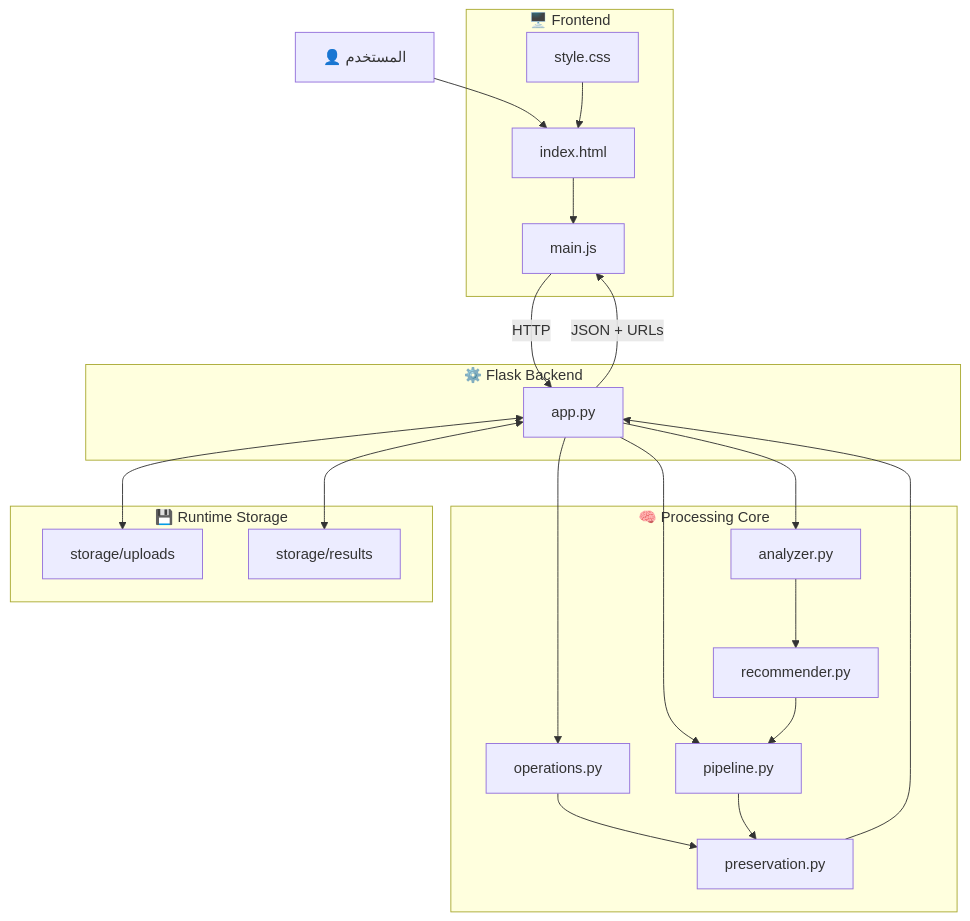
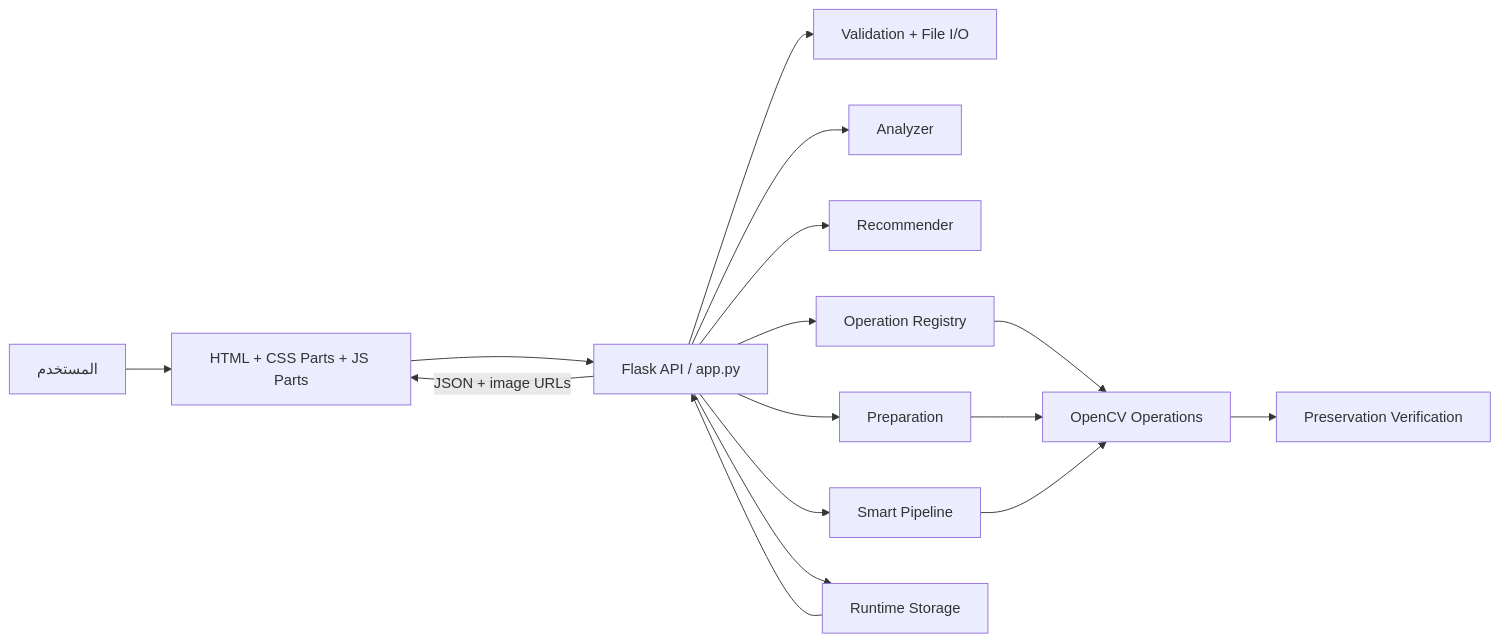
One commit to Alhareith/manuscript-doctor changed the first of 9 diagrams in docs/architecture.md. Above: the diagram before and after it, drawn with Mermaid. The commit also changed other lines of this file and 168 other files, not shown here.

````diff
--- a/docs/architecture.md
+++ b/docs/architecture.md
@@ -39,51 +39,20 @@
 ```mermaid
-flowchart TD
+flowchart LR
+    U["المستخدم"] --> UI["HTML + CSS Parts + JS Parts"]
+    UI --> API["Flask API / app.py"]
 
-    U["👤 المستخدم"]
+    API --> VAL["Validation + File I/O"]
+    API --> AN["Analyzer"]
+    API --> REC["Recommender"]
+    API --> PREP["Preparation"]
+    API --> REG["Operation Registry"]
+    API --> PIPE["Smart Pipeline"]
 
-    subgraph FE["🖥️ Frontend"]
-        HTML["index.html"]
-        JS["main.js"]
-        CSS["style.css"]
-    end
-
-    subgraph BE["⚙️ Flask Backend"]
-        APP["app.py"]
-    end
-
-    subgraph CORE["🧠 Processing Core"]
-        ANA["analyzer.py"]
-        REC["recommender.py"]
-        OPS["operations.py"]
-        PIPE["pipeline.py"]
-        PRES["preservation.py"]
-    end
-
-    subgraph ST["💾 Runtime Storage"]
-        UP["storage/uploads"]
-        RES["storage/results"]
-    end
-
-    U --> HTML
-    HTML --> JS
-    CSS --> HTML
-
-    JS -->|HTTP| APP
-
-    APP --> ANA
-    ANA --> REC
-
-    APP --> OPS
-    APP --> PIPE
-
-    REC --> PIPE
-
-    OPS --> PRES
-    PIPE --> PRES
-
-    APP <--> UP
-    APP <--> RES
-
-    PRES --> APP
-    APP -->|JSON + URLs| JS
+    REG --> OPS["OpenCV Operations"]
+    PREP --> OPS
+    PIPE --> OPS
+    OPS --> PRES["Preservation Verification"]
+    API --> ST["Runtime Storage"]
+    ST --> API
+    API -->|"JSON + image URLs"| UI
 ```
````
